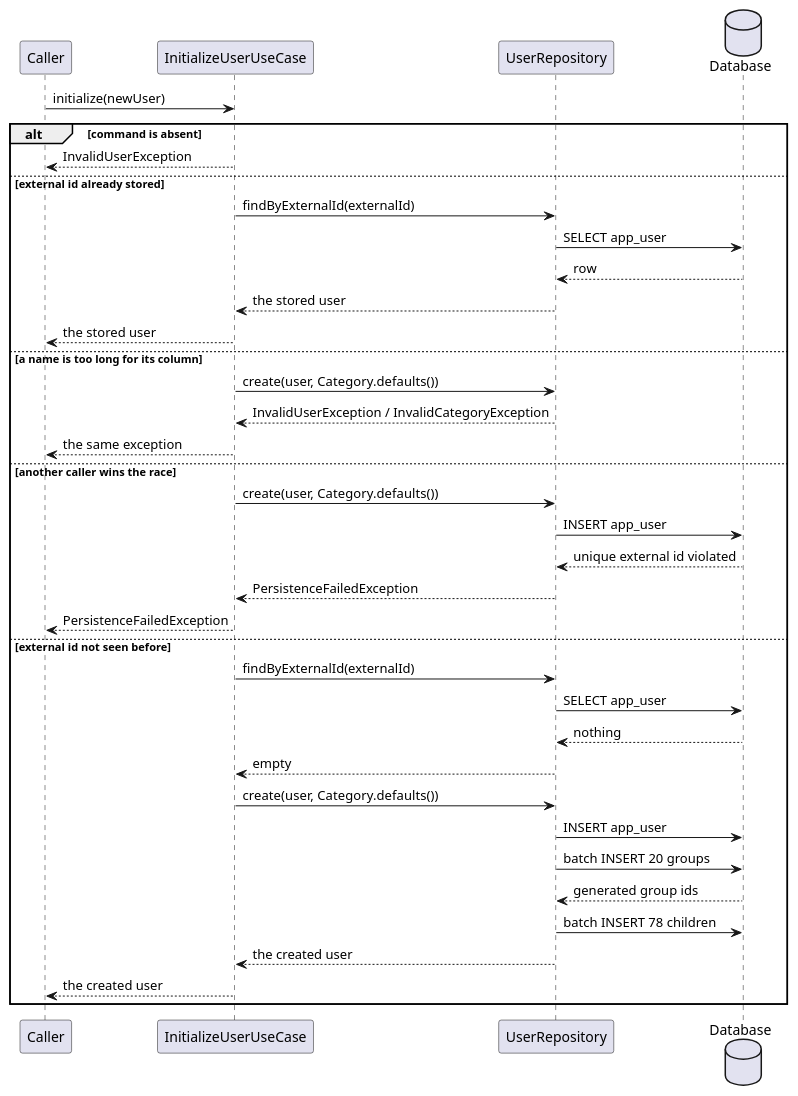
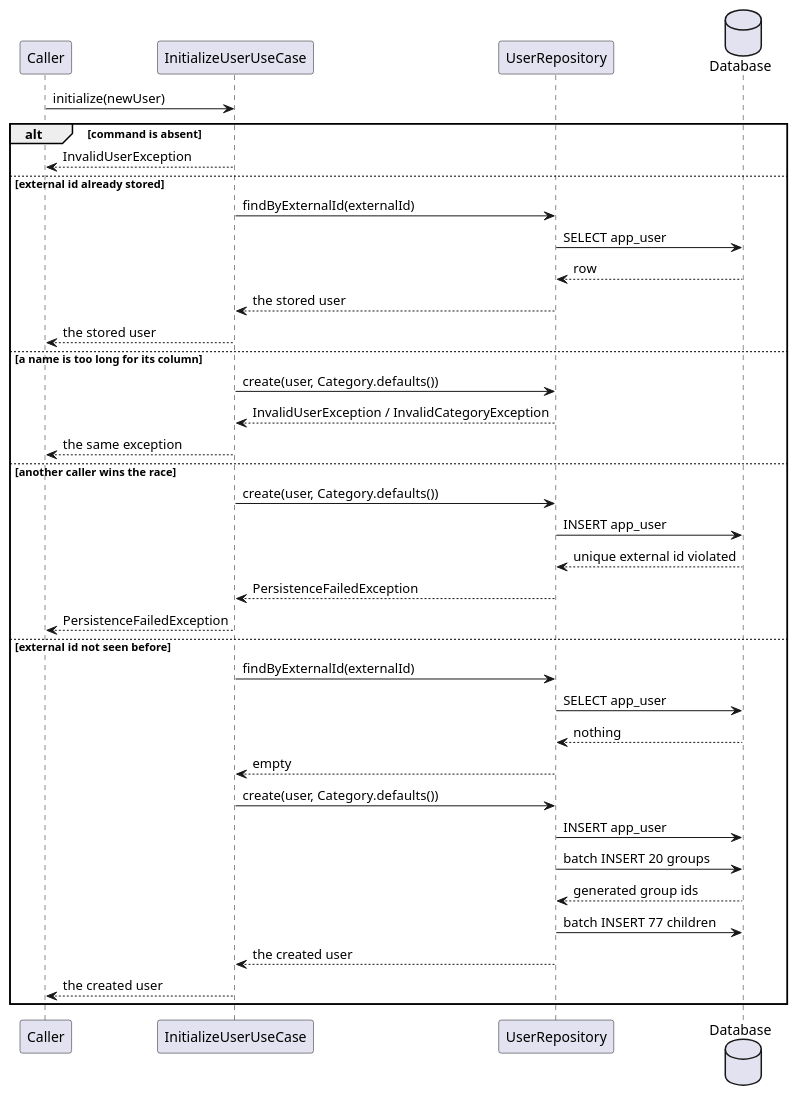
One commit to ds-usova/finance-bot changed the second of 2 diagrams in docs/3-plan-initialize-a-new-user.md. Above: the diagram before and after it, drawn with PlantUML. The commit also changed other lines of this file, not shown here.

Commit message:
Documentation: settle the follow-up questions on the plan for initializing a new user

````diff
--- a/docs/3-plan-initialize-a-new-user.md
+++ b/docs/3-plan-initialize-a-new-user.md
@@ -179,42 +192,42 @@
 ```plantuml
 @startuml
 participant Caller
 participant InitializeUserUseCase
 participant UserRepository
 database Database
 
 Caller -> InitializeUserUseCase : initialize(newUser)
 
 alt command is absent
     InitializeUserUseCase --> Caller : InvalidUserException
 else external id already stored
     InitializeUserUseCase -> UserRepository : findByExternalId(externalId)
     UserRepository -> Database : SELECT app_user
     Database --> UserRepository : row
     UserRepository --> InitializeUserUseCase : the stored user
     InitializeUserUseCase --> Caller : the stored user
 else a name is too long for its column
     InitializeUserUseCase -> UserRepository : create(user, Category.defaults())
     UserRepository --> InitializeUserUseCase : InvalidUserException / InvalidCategoryException
     InitializeUserUseCase --> Caller : the same exception
 else another caller wins the race
     InitializeUserUseCase -> UserRepository : create(user, Category.defaults())
     UserRepository -> Database : INSERT app_user
     Database --> UserRepository : unique external id violated
     UserRepository --> InitializeUserUseCase : PersistenceFailedException
     InitializeUserUseCase --> Caller : PersistenceFailedException
 else external id not seen before
     InitializeUserUseCase -> UserRepository : findByExternalId(externalId)
     UserRepository -> Database : SELECT app_user
     Database --> UserRepository : nothing
     UserRepository --> InitializeUserUseCase : empty
     InitializeUserUseCase -> UserRepository : create(user, Category.defaults())
     UserRepository -> Database : INSERT app_user
     UserRepository -> Database : batch INSERT 20 groups
     Database --> UserRepository : generated group ids
-    UserRepository -> Database : batch INSERT 78 children
+    UserRepository -> Database : batch INSERT 77 children
     UserRepository --> InitializeUserUseCase : the created user
     InitializeUserUseCase --> Caller : the created user
 end
 @enduml
 ```
````
